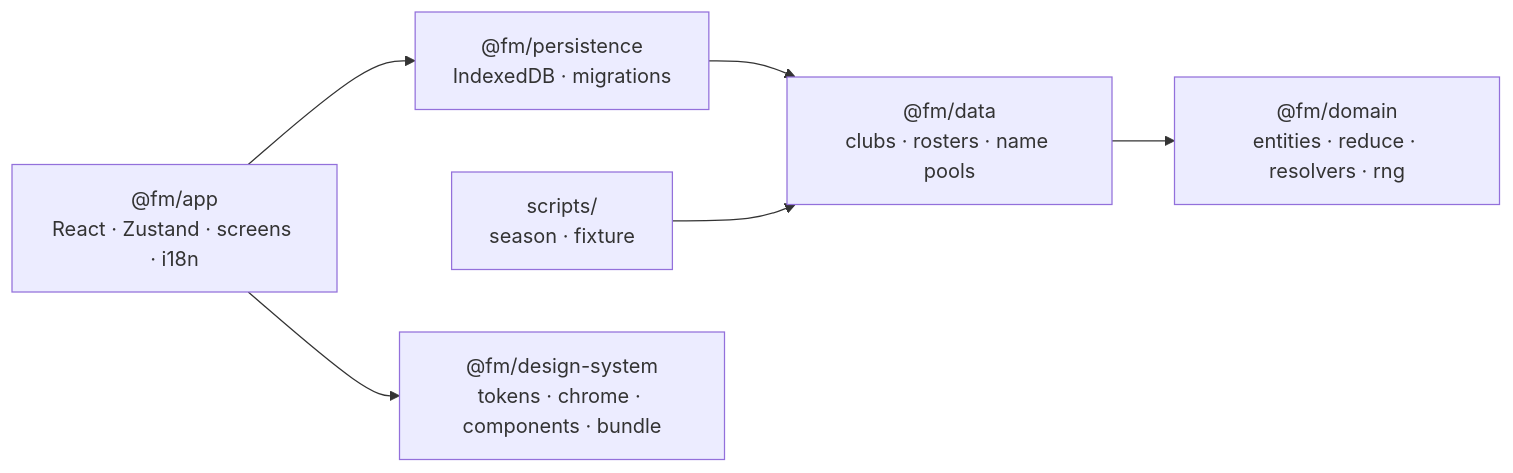
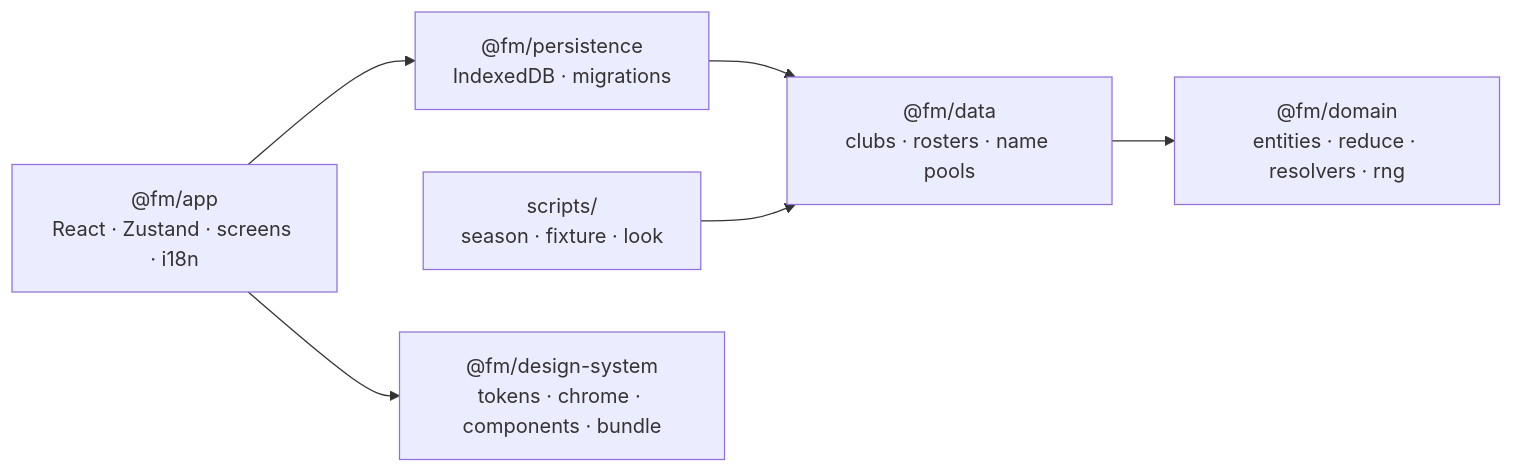
One commit to pearpages/futbol-manager changed the diagram in architecture.md. Above: the diagram before and after it, drawn with Mermaid. The commit also changed other lines of this file and 4 other files, not shown here.

````diff
--- a/architecture.md
+++ b/architecture.md
@@ -22,8 +22,8 @@
 ```mermaid
 flowchart LR
   app["@fm/app<br/>React · Zustand · screens · i18n"] --> persistence["@fm/persistence<br/>IndexedDB · migrations"]
   persistence --> data["@fm/data<br/>clubs · rosters · name pools"]
   data --> domain["@fm/domain<br/>entities · reduce · resolvers · rng"]
-  scripts["scripts/<br/>season · fixture"] --> data
+  scripts["scripts/<br/>season · fixture · look"] --> data
   app --> ds["@fm/design-system<br/>tokens · chrome · components · bundle"]
 ```
````
